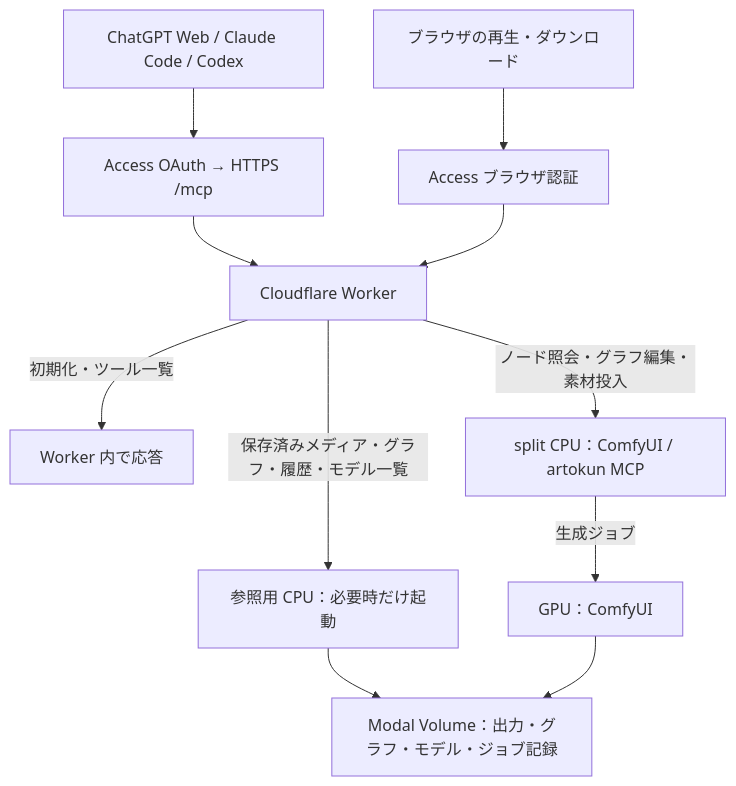
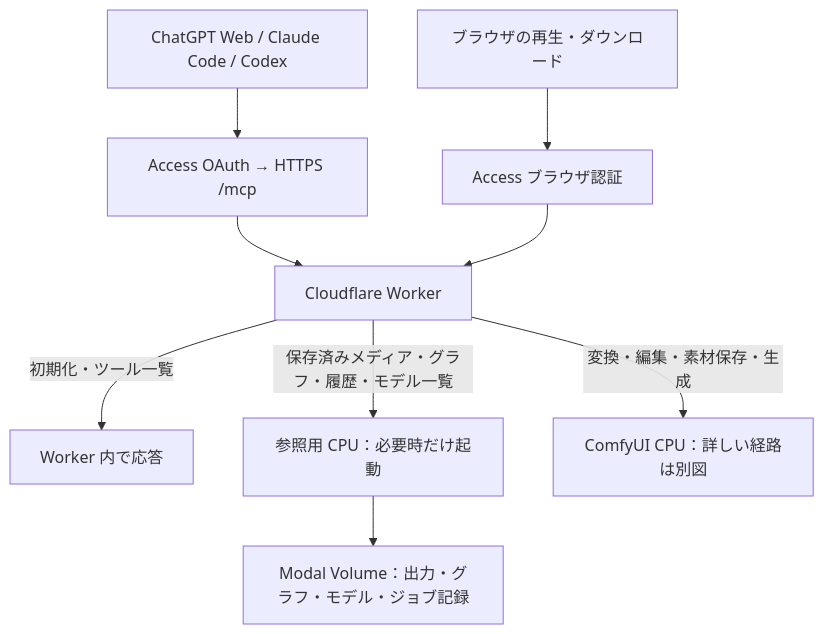
One commit to hndrr/modal-comfyui-deploy changed the diagram in docs/design/split-media-delivery.md. Above: the diagram before and after it, drawn with Mermaid. The commit also changed other lines of this file and 8 other files, not shown here.

Commit message:
Document remote MCP tools and CPU GPU routing

````diff
--- a/docs/design/split-media-delivery.md
+++ b/docs/design/split-media-delivery.md
@@ -13,13 +15,11 @@
 ```mermaid
 flowchart TD
   Agent[ChatGPT Web / Claude Code / Codex] --> OAuth[Access OAuth → HTTPS /mcp]
   Browser[ブラウザの再生・ダウンロード] --> Access[Access ブラウザ認証]
   OAuth --> Worker[Cloudflare Worker]
   Access --> Worker
   Worker -->|初期化・ツール一覧| Edge[Worker 内で応答]
   Worker -->|保存済みメディア・グラフ・履歴・モデル一覧| Media[参照用 CPU：必要時だけ起動]
   Media --> Output[Modal Volume：出力・グラフ・モデル・ジョブ記録]
-  Worker -->|ノード照会・グラフ編集・素材投入| Split[split CPU：ComfyUI / artokun MCP]
-  Split -->|生成ジョブ| GPU[GPU：ComfyUI]
-  GPU --> Output
+  Worker -->|変換・編集・素材保存・生成| Split[ComfyUI CPU：詳しい経路は別図]
 ```
````
